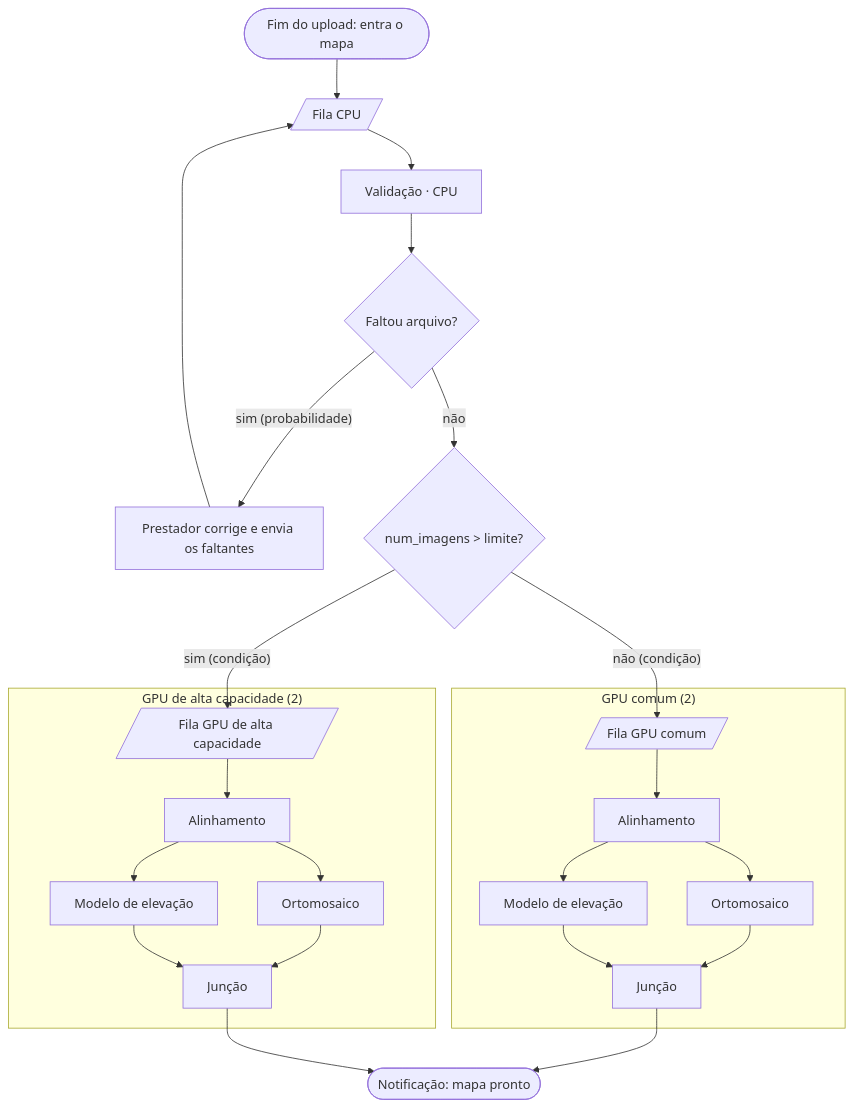
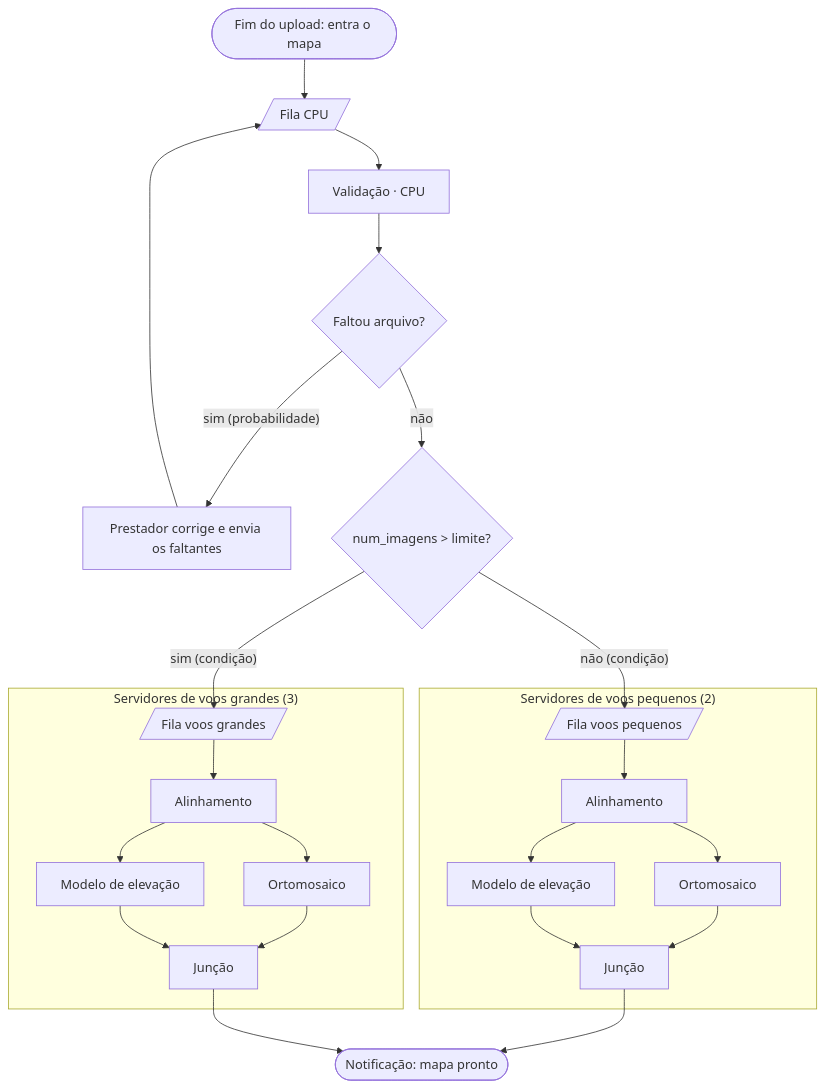
The diagram in grau-b/docs/modelo_conceitual.md (Vinimuller/api-simulator), drawn with Mermaid before and after one commit. The commit also changed other lines of this file and 19 other files, not shown here.

````diff
--- a/grau-b/docs/modelo_conceitual.md
+++ b/grau-b/docs/modelo_conceitual.md
@@ -46,30 +77,30 @@
 ```mermaid
 flowchart TD
     A([Fim do upload: entra o mapa]) --> B[/Fila CPU/]
     B --> C[Validação · CPU]
     C --> D{"Faltou arquivo?"}
     D -->|"sim (probabilidade)"| E[Prestador corrige e envia os faltantes]
     E --> B
     D -->|não| F{"num_imagens > limite?"}
 
     F -->|"não (condição)"| G1
-    subgraph comum ["GPU comum (2)"]
-        G1[/Fila GPU comum/] --> G2[Alinhamento]
+    subgraph pequenos ["Servidores de voos pequenos (2)"]
+        G1[/Fila voos pequenos/] --> G2[Alinhamento]
         G2 --> G3[Ortomosaico]
         G2 --> G4[Modelo de elevação]
         G3 --> G5[Junção]
         G4 --> G5
     end
 
     F -->|"sim (condição)"| H1
-    subgraph alta ["GPU de alta capacidade (2)"]
-        H1[/Fila GPU de alta capacidade/] --> H2[Alinhamento]
+    subgraph grandes ["Servidores de voos grandes (3)"]
+        H1[/Fila voos grandes/] --> H2[Alinhamento]
         H2 --> H3[Ortomosaico]
         H2 --> H4[Modelo de elevação]
         H3 --> H5[Junção]
         H4 --> H5
     end
 
     G5 --> M([Notificação: mapa pronto])
     H5 --> M
 ```
````
